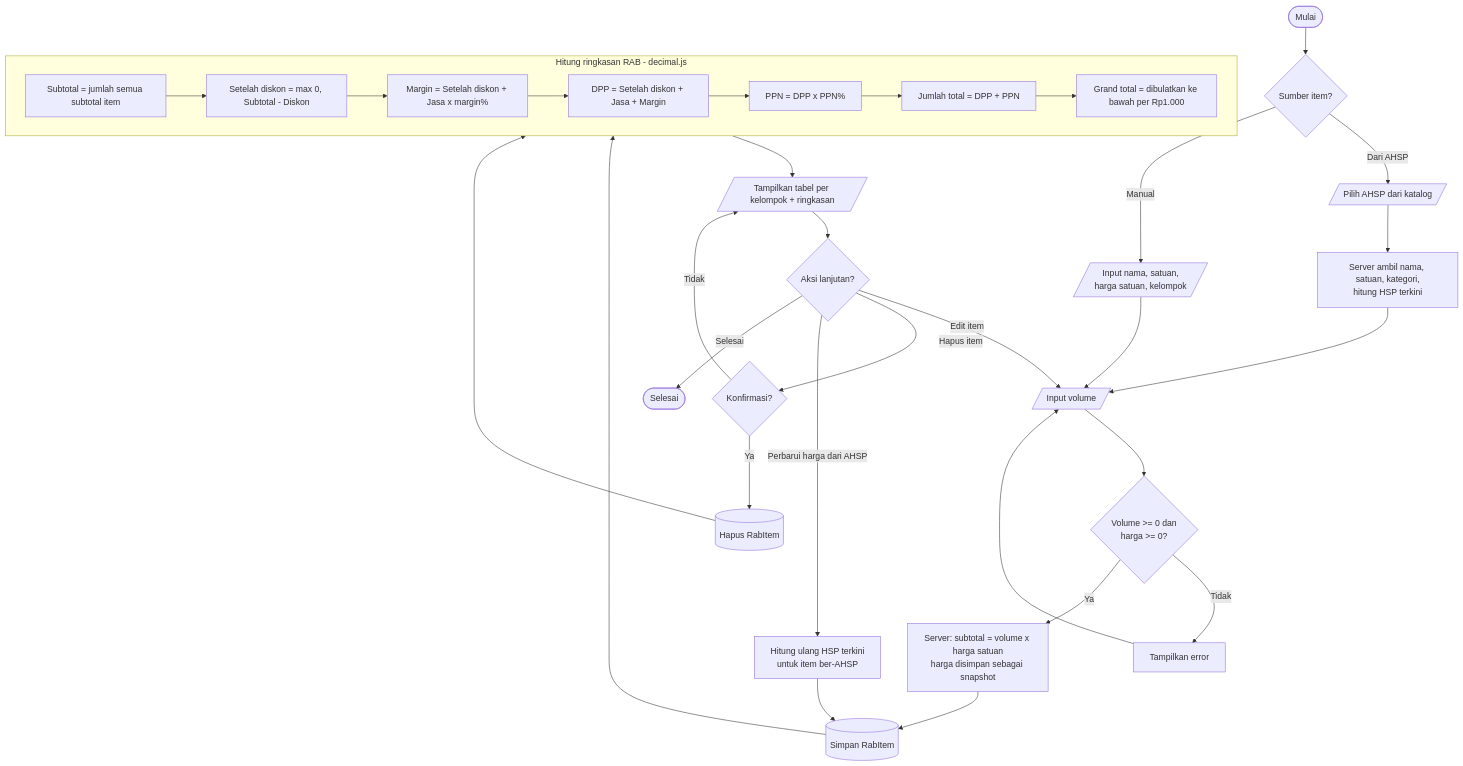
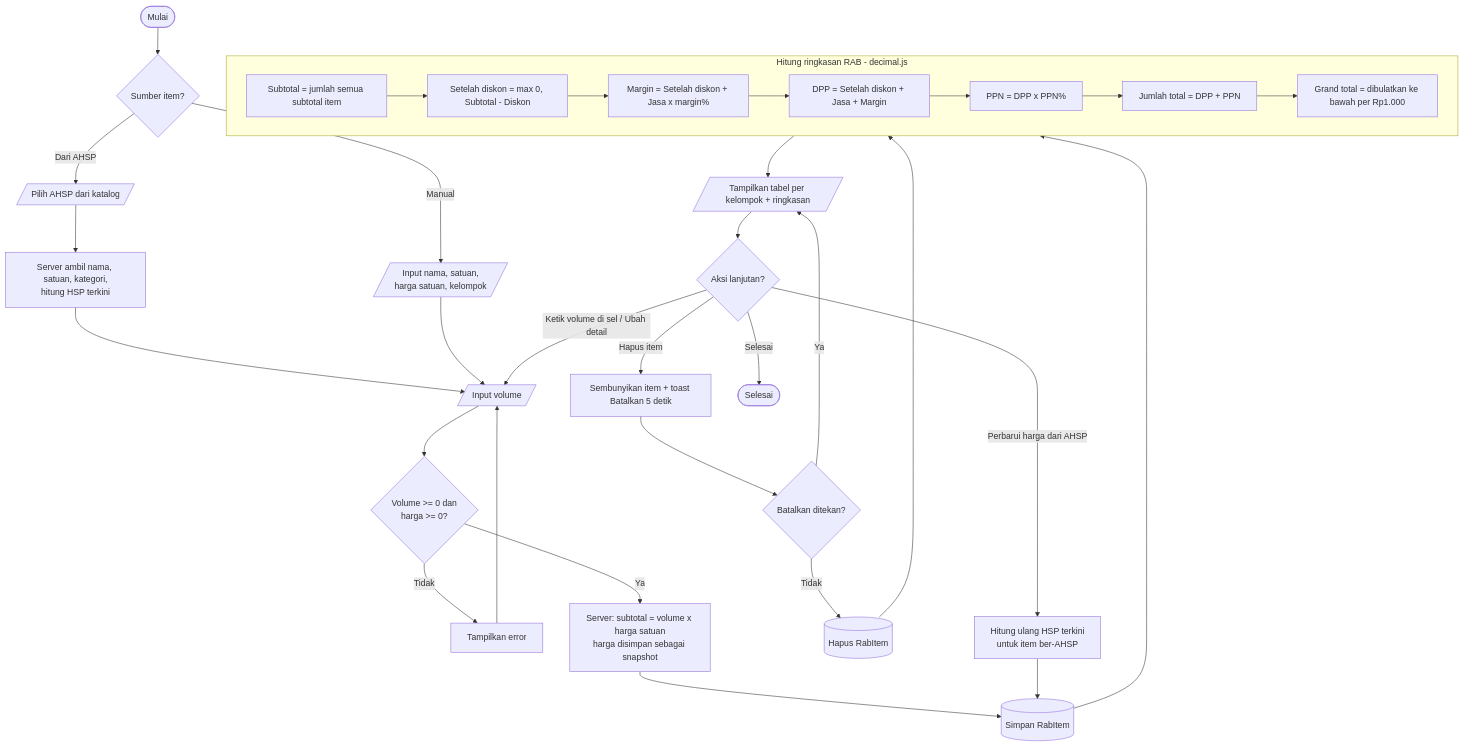
Before and after one commit to ditt1945/RAB-system: the fifth of 8 diagrams in docs/FLOWCHART.md, drawn with Mermaid. The commit also changed other lines of this file and 72 other files, not shown here.

````diff
--- a/docs/FLOWCHART.md
+++ b/docs/FLOWCHART.md
@@ -130,36 +133,37 @@
 ```mermaid
 flowchart TD
     S([Mulai]) --> J{Sumber item?}
 
     J -->|Dari AHSP| P1[/"Pilih AHSP dari katalog"/]
     P1 --> P2[Server ambil nama, satuan, kategori,<br/>hitung HSP terkini]
     P2 --> VOL[/"Input volume"/]
 
     J -->|Manual| M1[/"Input nama, satuan,<br/>harga satuan, kelompok"/]
     M1 --> VOL
 
     VOL --> V{"Volume >= 0 dan<br/>harga >= 0?"}
     V -->|Tidak| E[Tampilkan error] --> VOL
     V -->|Ya| SUB[Server: subtotal = volume x harga satuan<br/>harga disimpan sebagai snapshot]
     SUB --> DB[(Simpan RabItem)]
     DB --> RK
 
     subgraph RK [Hitung ringkasan RAB - decimal.js]
         K1[Subtotal = jumlah semua subtotal item]
         K1 --> K2[Setelah diskon = max 0, Subtotal - Diskon]
         K2 --> K3[Margin = Setelah diskon + Jasa x margin%]
         K3 --> K4[DPP = Setelah diskon + Jasa + Margin]
         K4 --> K5[PPN = DPP x PPN%]
         K5 --> K6[Jumlah total = DPP + PPN]
         K6 --> K7[Grand total = dibulatkan ke bawah per Rp1.000]
     end
 
     RK --> T[/"Tampilkan tabel per kelompok + ringkasan"/]
     T --> A{Aksi lanjutan?}
-    A -->|Edit item| VOL
-    A -->|Hapus item| K{Konfirmasi?}
-    K -->|Ya| DEL[(Hapus RabItem)] --> RK
-    K -->|Tidak| T
+    A -->|Ketik volume di sel / Ubah detail| VOL
+    A -->|Hapus item| HIDE[Sembunyikan item + toast Batalkan 5 detik]
+    HIDE --> K{Batalkan ditekan?}
+    K -->|Tidak| DEL[(Hapus RabItem)] --> RK
+    K -->|Ya| T
     A -->|Perbarui harga dari AHSP| RP[Hitung ulang HSP terkini<br/>untuk item ber-AHSP] --> DB
     A -->|Selesai| X([Selesai])
 ```
````
